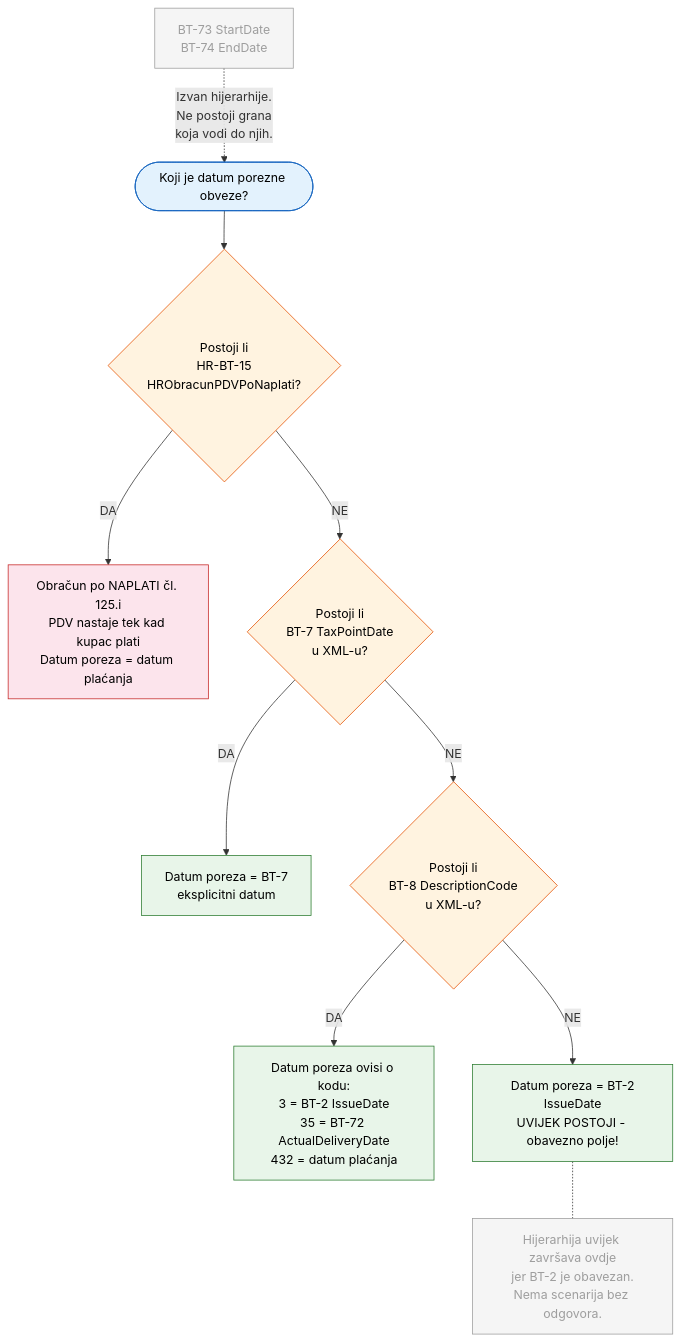
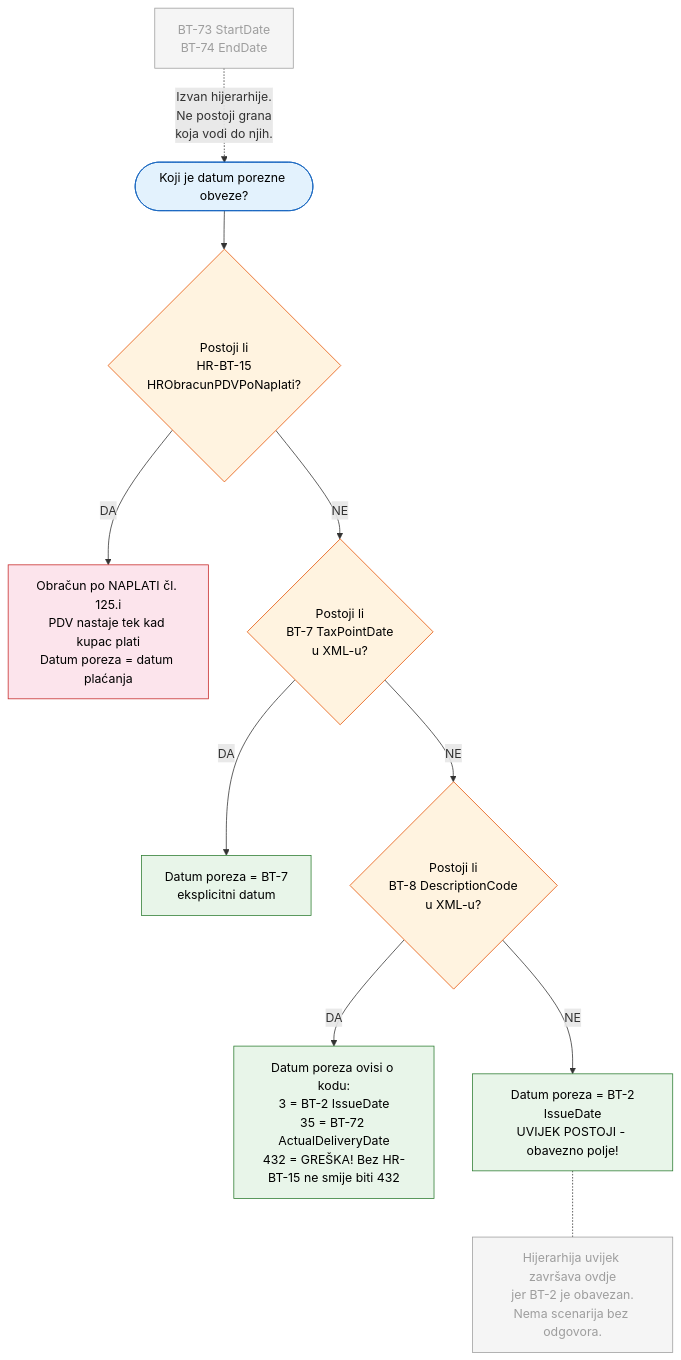
One commit to dageci/eracun-fiskalizacija-datumi changed the first of 3 diagrams in docs/pravila.md. Above: the diagram before and after it, drawn with Mermaid.

Commit message:
flowchart: BT-8=432 bez HR-BT-15 označen kao GREŠKA (HR-BR-GECI-F01)

````diff
--- a/docs/pravila.md
+++ b/docs/pravila.md
@@ -128,28 +128,28 @@
 ```mermaid
 flowchart TD
     START([Koji je datum porezne obveze?]) --> CHECK0{Postoji li<br>HR-BT-15<br>HRObracunPDVPoNaplati?}
 
     CHECK0 -->|DA| NAPLATA[Obračun po NAPLATI čl. 125.i<br>PDV nastaje tek kad kupac plati<br>Datum poreza = datum plaćanja]
     CHECK0 -->|NE| CHECK1{Postoji li<br>BT-7 TaxPointDate<br>u XML-u?}
 
     CHECK1 -->|DA| RESULT1[Datum poreza = BT-7<br>eksplicitni datum]
     CHECK1 -->|NE| CHECK2{Postoji li<br>BT-8 DescriptionCode<br>u XML-u?}
 
-    CHECK2 -->|DA| RESULT2[Datum poreza ovisi o kodu:<br>3 = BT-2 IssueDate<br>35 = BT-72 ActualDeliveryDate<br>432 = datum plaćanja]
+    CHECK2 -->|DA| RESULT2[Datum poreza ovisi o kodu:<br>3 = BT-2 IssueDate<br>35 = BT-72 ActualDeliveryDate<br>432 = GREŠKA! Bez HR-BT-15 ne smije biti 432]
     CHECK2 -->|NE| RESULT3[Datum poreza = BT-2<br>IssueDate<br>UVIJEK POSTOJI - obavezno polje!]
 
     RESULT3 -.- NOTE[Hijerarhija uvijek završava ovdje<br>jer BT-2 je obavezan.<br>Nema scenarija bez odgovora.]
 
     BT73[BT-73 StartDate<br>BT-74 EndDate] -.->|Izvan hijerarhije.<br>Ne postoji grana<br>koja vodi do njih.| START
 
     style START fill:#e3f2fd,stroke:#1565c0,color:#000
     style CHECK0 fill:#fff3e0,stroke:#e65100,color:#000
     style NAPLATA fill:#fce4ec,stroke:#c62828,color:#000
     style CHECK1 fill:#fff3e0,stroke:#e65100,color:#000
     style CHECK2 fill:#fff3e0,stroke:#e65100,color:#000
     style RESULT1 fill:#e8f5e9,stroke:#2e7d32,color:#000
     style RESULT2 fill:#e8f5e9,stroke:#2e7d32,color:#000
     style RESULT3 fill:#e8f5e9,stroke:#2e7d32,color:#000
     style NOTE fill:#f5f5f5,stroke:#9e9e9e,color:#9e9e9e
     style BT73 fill:#f5f5f5,stroke:#9e9e9e,color:#9e9e9e
 ```
````
